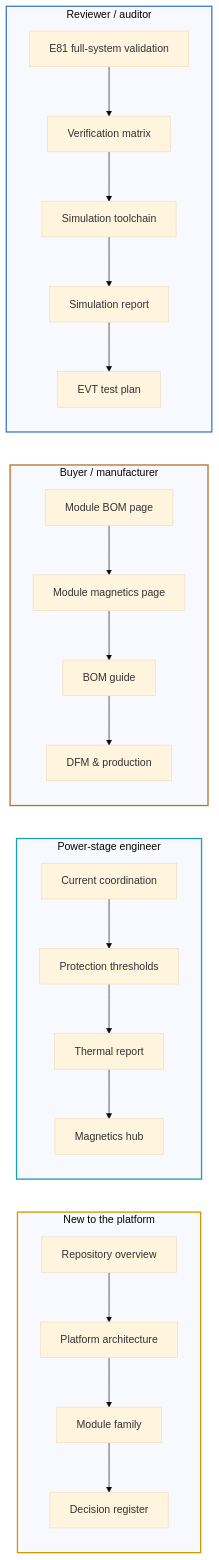
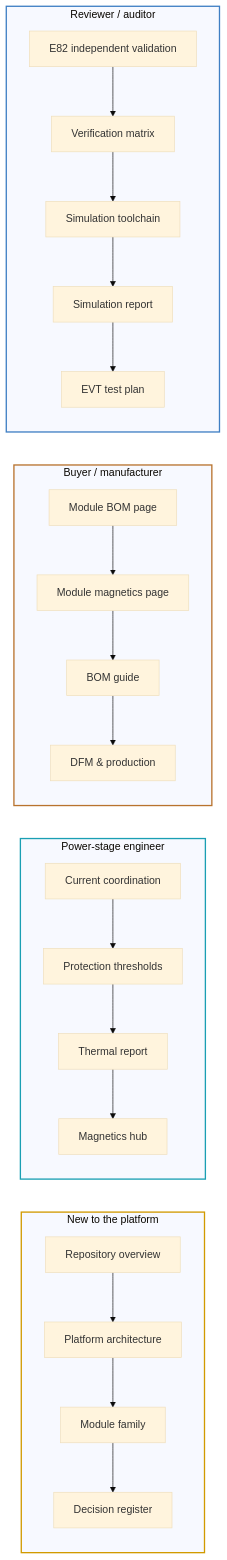
The second of 2 diagrams in docs/README.md (vectivolt/DC-Modules), drawn with Mermaid (base theme) before and after one commit. The commit also changed other lines of this file and 338 other files, not shown here.

````diff
--- a/docs/README.md
+++ b/docs/README.md
@@ -50,23 +51,23 @@
 ```mermaid
 flowchart LR
   subgraph NEW["New to the platform"]
     direction TB
     N1["Repository overview"] --> N2["Platform architecture"] --> N3["Module family"] --> N4["Decision register"]
   end
   subgraph ENG["Power-stage engineer"]
     direction TB
     P1["Current coordination"] --> P2["Protection thresholds"] --> P3["Thermal report"] --> P4["Magnetics hub"]
   end
   subgraph BUY["Buyer / manufacturer"]
     direction TB
     B1["Module BOM page"] --> B2["Module magnetics page"] --> B3["BOM guide"] --> B4["DFM & production"]
   end
   subgraph REV["Reviewer / auditor"]
     direction TB
-    R0["E81 full-system validation"] --> R1["Verification matrix"] --> R2["Simulation toolchain"] --> R3["Simulation report"] --> R4["EVT test plan"]
+    R0["E82 independent validation"] --> R1["Verification matrix"] --> R2["Simulation toolchain"] --> R3["Simulation report"] --> R4["EVT test plan"]
   end
   style NEW stroke:#d19a00,stroke-width:2px
   style ENG stroke:#1a9fb3,stroke-width:2px
   style BUY stroke:#b8732e,stroke-width:2px
   style REV stroke:#3f7fc4,stroke-width:2px
 ```
````
